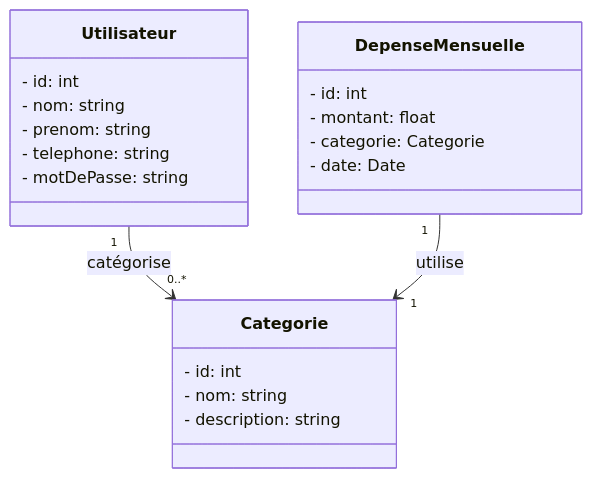
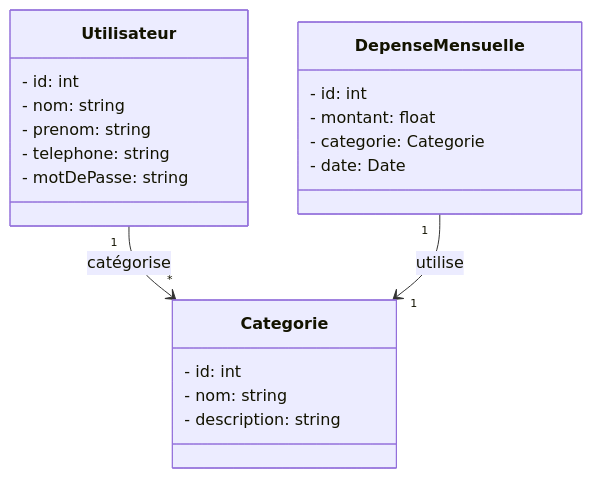
One commit to DevZakariaAz/Projet_fil_rouge changed the diagram in UseCase_Sprint1/Use_Case.mermaid. Above: the diagram before and after it, drawn with Mermaid.

Commit message:
Use Case Sprint 1

```diff
--- a/UseCase_Sprint1/Use_Case.mermaid
+++ b/UseCase_Sprint1/Use_Case.mermaid
@@ -1,24 +1,24 @@
 classDiagram
     class Utilisateur {
         - id: int
         - nom: string
         - prenom: string
         - telephone: string
         - motDePasse: string
     }
 
     class Categorie {
         - id: int
         - nom: string
         - description: string
     }
 
     class DepenseMensuelle {
         - id: int
         - montant: float
         - categorie: Categorie
         - date: Date
     }
 
-    Utilisateur "1" --> "0..*" Categorie : catégorise
+    Utilisateur "1" --> "*" Categorie : catégorise
     DepenseMensuelle "1" --> "1" Categorie : utilise
```
